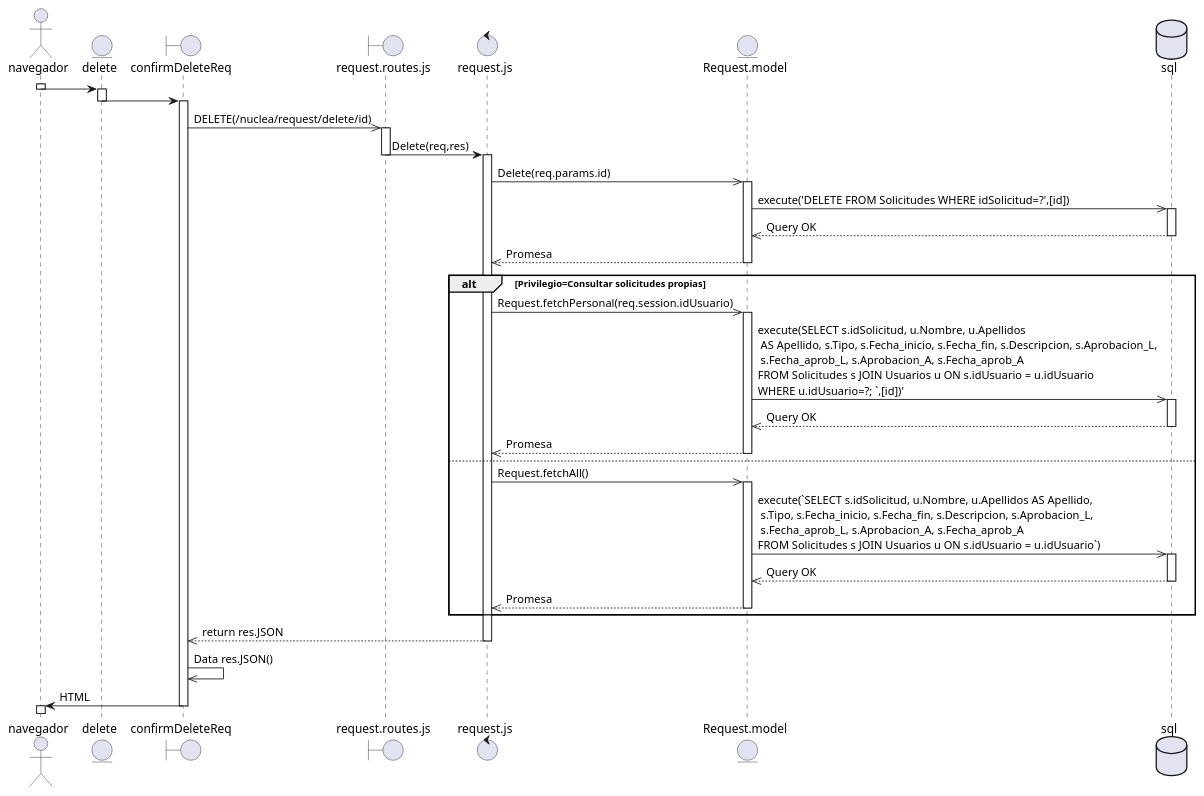
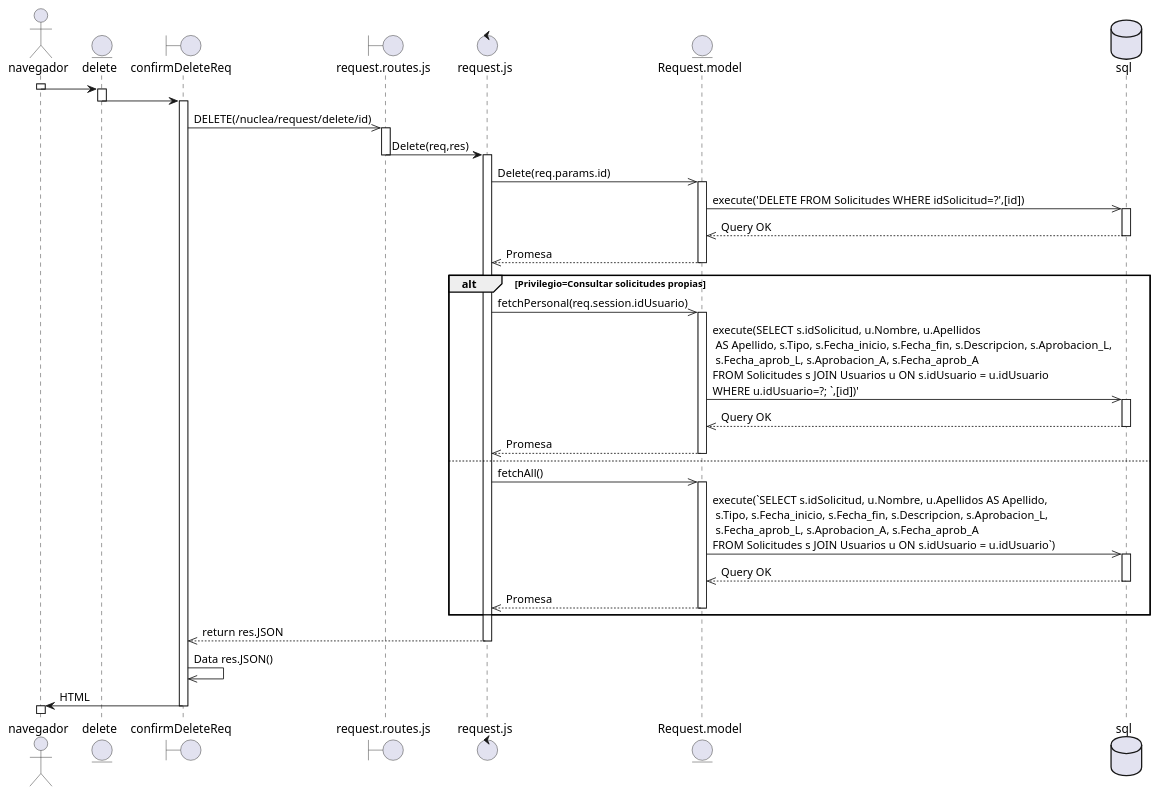
One commit to ian-hdzzz/nuclea changed the diagram in diagramas/Delete Req.puml. Above: the diagram before and after it, drawn with PlantUML. The commit also changed 6 other files, not shown here.

Commit message:
Diagrama sin Request.Fetch->Fetch

```diff
--- a/diagramas/Delete Req.puml
+++ b/diagramas/Delete Req.puml
@@ -1,59 +1,59 @@
 @startuml
 actor navegador
 entity delete
 boundary confirmDeleteReq
 boundary request.routes.js
 control request.js
 entity Request.model
 database sql
 activate navegador
 navegador->delete
 deactivate navegador
 activate delete
 delete->confirmDeleteReq
 deactivate delete
 activate confirmDeleteReq
 confirmDeleteReq->>request.routes.js:DELETE(/nuclea/request/delete/id)
 activate request.routes.js
 request.routes.js->request.js:Delete(req,res)
 deactivate request.routes.js
 activate request.js
 request.js->>Request.model:Delete(req.params.id)
 activate Request.model
 Request.model->>sql:execute('DELETE FROM Solicitudes WHERE idSolicitud=?',[id])
 activate sql
 sql-->>Request.model:Query OK
 deactivate sql
 Request.model-->>request.js:Promesa
 deactivate Request.model
 alt Privilegio=Consultar solicitudes propias
-    request.js->>Request.model: Request.fetchPersonal(req.session.idUsuario)
+    request.js->>Request.model: fetchPersonal(req.session.idUsuario)
     activate Request.model
     Request.model->>sql:execute(SELECT s.idSolicitud, u.Nombre, u.Apellidos \n AS Apellido, s.Tipo, s.Fecha_inicio, s.Fecha_fin, s.Descripcion, s.Aprobacion_L,\n s.Fecha_aprob_L, s.Aprobacion_A, s.Fecha_aprob_A \nFROM Solicitudes s JOIN Usuarios u ON s.idUsuario = u.idUsuario \nWHERE u.idUsuario=?; `,[id])'
     activate sql
     sql-->>Request.model:Query OK
     deactivate sql
     Request.model-->>request.js:Promesa
     deactivate Request.model
 else 
-    request.js->>Request.model: Request.fetchAll()
+    request.js->>Request.model: fetchAll()
     activate Request.model
     Request.model->>sql:execute(`SELECT s.idSolicitud, u.Nombre, u.Apellidos AS Apellido,\n s.Tipo, s.Fecha_inicio, s.Fecha_fin, s.Descripcion, s.Aprobacion_L,\n s.Fecha_aprob_L, s.Aprobacion_A, s.Fecha_aprob_A \nFROM Solicitudes s JOIN Usuarios u ON s.idUsuario = u.idUsuario`)
     activate sql
     sql-->>Request.model:Query OK
     deactivate sql
     Request.model-->>request.js:Promesa
     deactivate Request.model
 end
 
 request.js-->>confirmDeleteReq:return res.JSON
 deactivate request.js
 confirmDeleteReq->>confirmDeleteReq:Data res.JSON()
 
 confirmDeleteReq->navegador:HTML
 deactivate confirmDeleteReq
 activate navegador
 deactivate navegador
 
 
 @enduml
```
